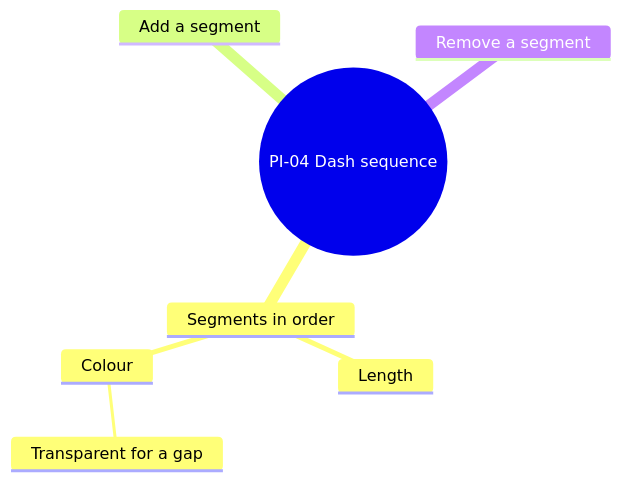
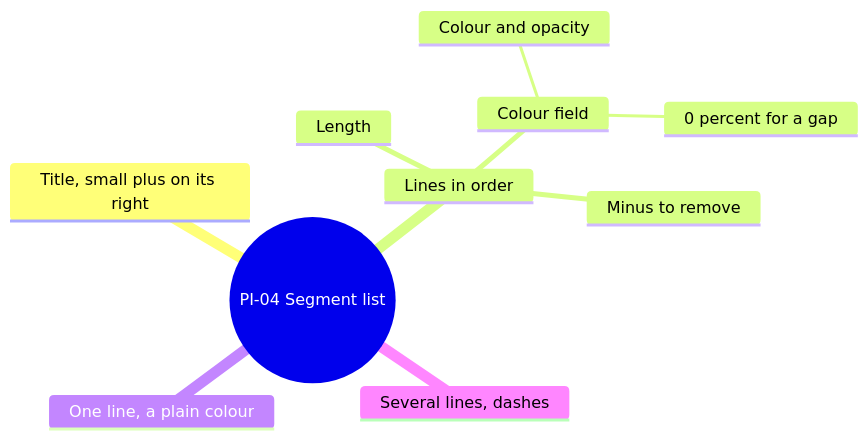
One commit to AlexandreGallais/synoptic-studio-spec changed the fifth of 6 diagrams in screens/pipes.md. Above: the diagram before and after it, drawn with Mermaid. The commit also changed other lines of this file and 11 other files, not shown here.

````diff
--- a/screens/pipes.md
+++ b/screens/pipes.md
@@ -155,10 +153,13 @@
 ```mermaid
 mindmap
-  root((PI-04 Dash sequence))
-    Segments in order
+  root((PI-04 Segment list))
+    Title, small plus on its right
+    Lines in order
+      Colour field
+        Colour and opacity
+        0 percent for a gap
       Length
-      Colour
-        Transparent for a gap
-    Add a segment
-    Remove a segment
+      Minus to remove
+    One line, a plain colour
+    Several lines, dashes
 ```
````
